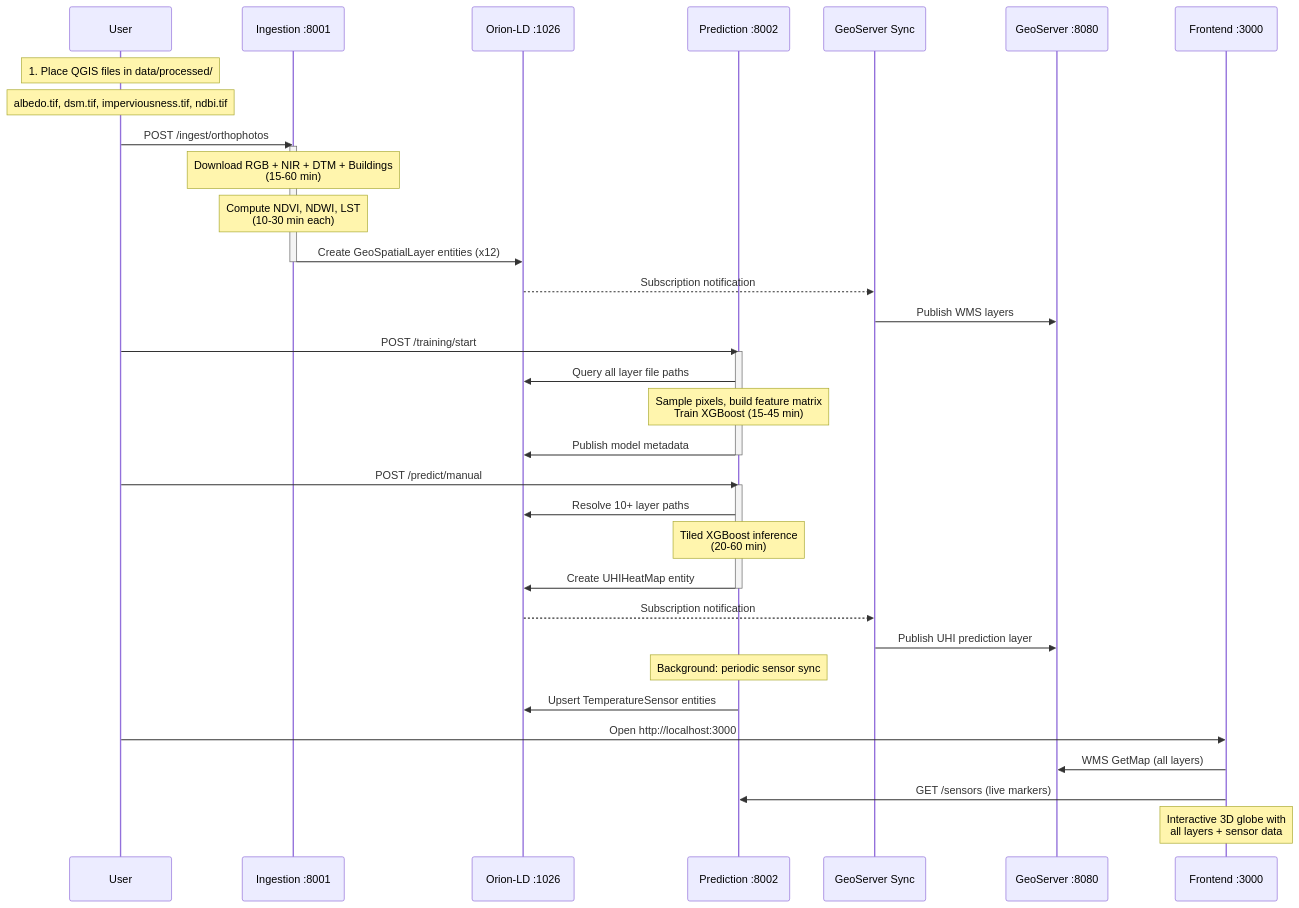
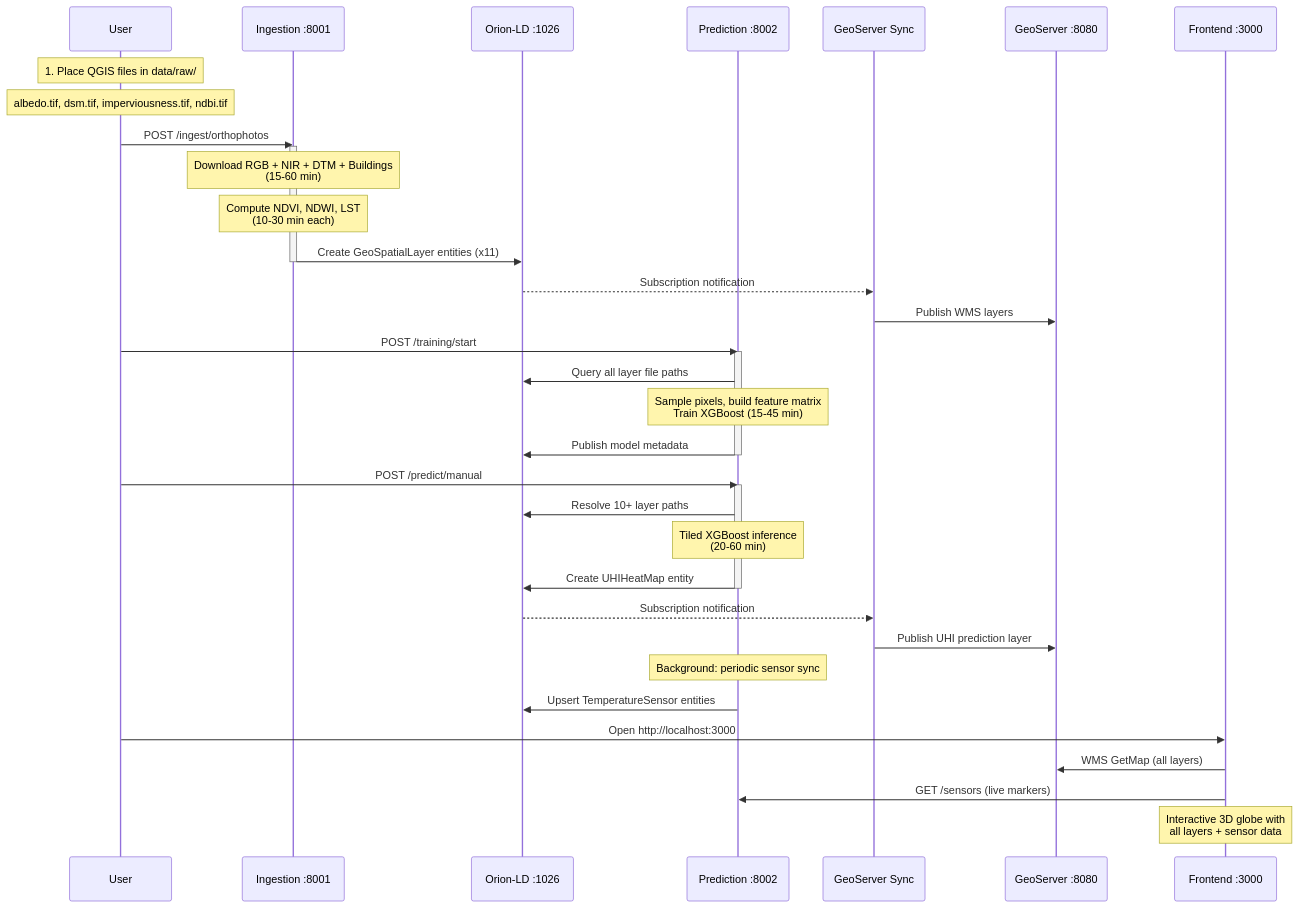
The fourth of 4 diagrams in README.md (TsukaOne/uhi-fiware-poc), drawn with Mermaid before and after one commit. The commit also changed other lines of this file and 6 other files, not shown here.

Commit message:
Refactor data handling and update documentation: Move QGIS preprocessed files to data/raw, adjust README instructions, and enhance ingestion service to convert QGIS layers to COG format.

````diff
--- a/README.md
+++ b/README.md
@@ -389,48 +355,48 @@
 ```mermaid
 sequenceDiagram
     participant U as User
     participant ING as Ingestion :8001
     participant ORION as Orion-LD :1026
     participant PRED as Prediction :8002
     participant SYNC as GeoServer Sync
     participant GS as GeoServer :8080
     participant FE as Frontend :3000
 
-    Note over U: 1. Place QGIS files in data/processed/
+    Note over U: 1. Place QGIS files in data/raw/
     Note over U: albedo.tif, dsm.tif, imperviousness.tif, ndbi.tif
 
     U->>ING: POST /ingest/orthophotos
     activate ING
     Note over ING: Download RGB + NIR + DTM + Buildings<br/>(15-60 min)
     Note over ING: Compute NDVI, NDWI, LST<br/>(10-30 min each)
-    ING->>ORION: Create GeoSpatialLayer entities (x12)
+    ING->>ORION: Create GeoSpatialLayer entities (x11)
     deactivate ING
 
     ORION-->>SYNC: Subscription notification
     SYNC->>GS: Publish WMS layers
 
     U->>PRED: POST /training/start
     activate PRED
     PRED->>ORION: Query all layer file paths
     Note over PRED: Sample pixels, build feature matrix<br/>Train XGBoost (15-45 min)
     PRED->>ORION: Publish model metadata
     deactivate PRED
 
     U->>PRED: POST /predict/manual
     activate PRED
     PRED->>ORION: Resolve 10+ layer paths
     Note over PRED: Tiled XGBoost inference<br/>(20-60 min)
     PRED->>ORION: Create UHIHeatMap entity
     deactivate PRED
 
     ORION-->>SYNC: Subscription notification
     SYNC->>GS: Publish UHI prediction layer
 
     Note over PRED: Background: periodic sensor sync
     PRED->>ORION: Upsert TemperatureSensor entities
 
     U->>FE: Open http://localhost:3000
     FE->>GS: WMS GetMap (all layers)
     FE->>PRED: GET /sensors (live markers)
     Note over FE: Interactive 3D globe with<br/>all layers + sensor data
 ```
````
